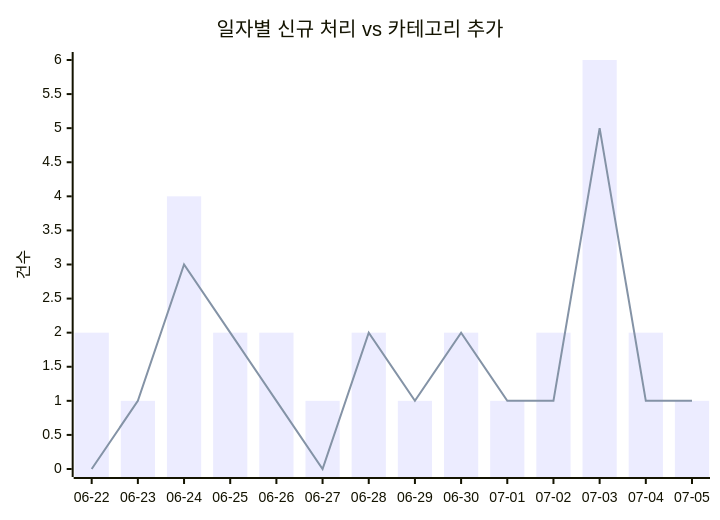
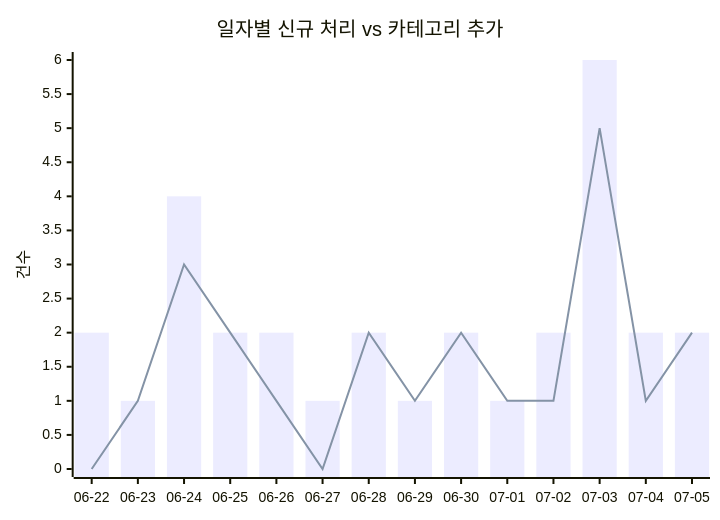
One commit to J-nowcow/awesome-korean-agent-skills changed the first of 2 diagrams in docs/trends.md. Above: the diagram before and after it, drawn with Mermaid. The commit also changed other lines of this file and 3 other files, not shown here.

````diff
--- a/docs/trends.md
+++ b/docs/trends.md
@@ -32,8 +32,8 @@
 ```mermaid
 xychart-beta
     title "일자별 신규 처리 vs 카테고리 추가"
     x-axis ["06-22","06-23","06-24","06-25","06-26","06-27","06-28","06-29","06-30","07-01","07-02","07-03","07-04","07-05"]
     y-axis "건수"
-    bar [2,1,4,2,2,1,2,1,2,1,2,6,2,1]
-    line [0,1,3,2,1,0,2,1,2,1,1,5,1,1]
+    bar [2,1,4,2,2,1,2,1,2,1,2,6,2,2]
+    line [0,1,3,2,1,0,2,1,2,1,1,5,1,2]
 ```
````
